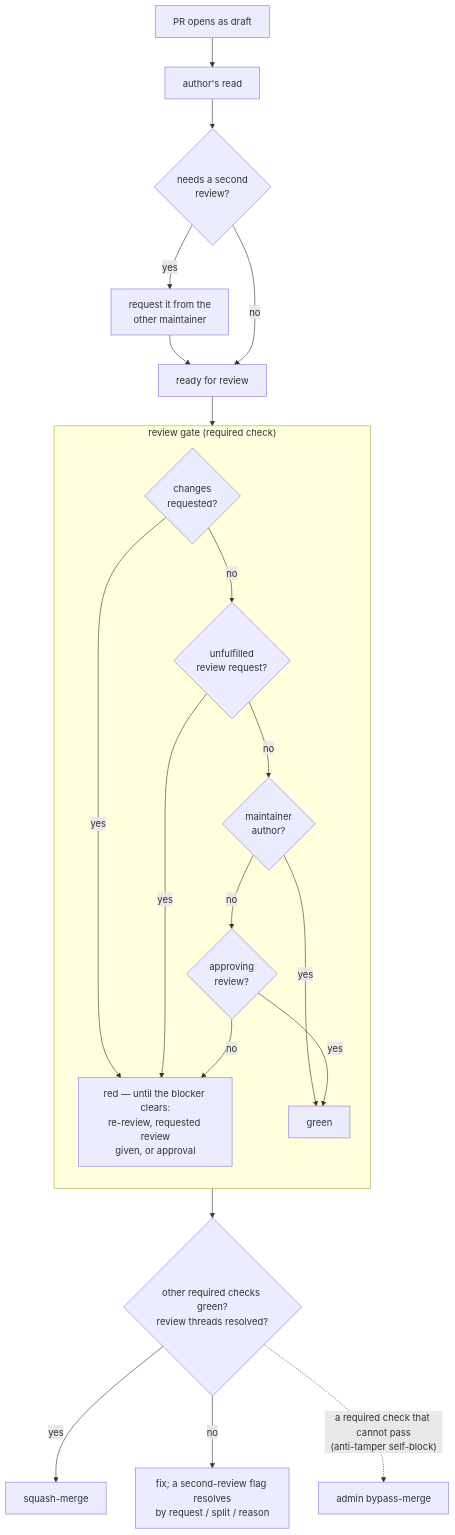
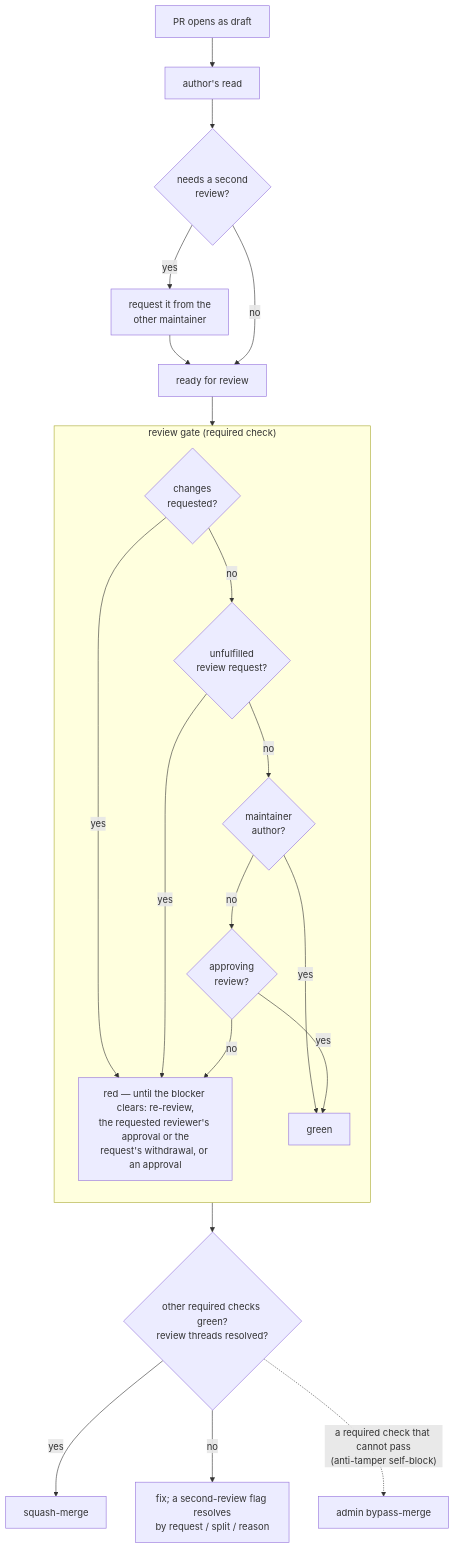
The diagram in docs/design/review-policy.md (populationgenomics/themis), drawn with Mermaid before and after one commit. The commit also changed other lines of this file and 1 other file, not shown here.

````diff
--- a/docs/design/review-policy.md
+++ b/docs/design/review-policy.md
@@ -66,22 +67,22 @@
 ```mermaid
 flowchart TD
     draft["PR opens as draft"] --> read["author's read"] --> need{"needs a second<br>review?"}
     need -->|yes| req["request it from the<br>other maintainer"] --> ready["ready for review"]
     need -->|no| ready
     ready --> cr
     subgraph gate ["review gate (required check)"]
         direction TB
         cr{"changes<br>requested?"} -->|no| rq{"unfulfilled<br>review request?"}
         rq -->|no| ma{"maintainer<br>author?"}
         ma -->|no| ap{"approving<br>review?"}
-        cr -->|yes| red["red — until the blocker clears:<br>re-review, requested review<br>given, or approval"]
+        cr -->|yes| red["red — until the blocker clears: re-review,<br>the requested reviewer's approval or the<br>request's withdrawal, or an approval"]
         rq -->|yes| red
         ap -->|no| red
         ma -->|yes| green["green"]
         ap -->|yes| green
     end
     green --> rest{"other required checks green?<br>review threads resolved?"}
     rest -->|yes| merge["squash-merge"]
     rest -->|no| fix["fix; a second-review flag resolves<br>by request / split / reason"]
     rest -.->|"a required check that cannot pass<br>(anti-tamper self-block)"| bypass["admin bypass-merge"]
 ```
````
